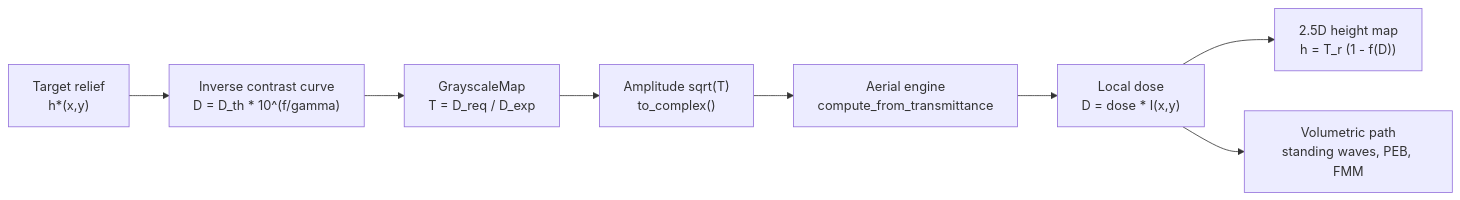
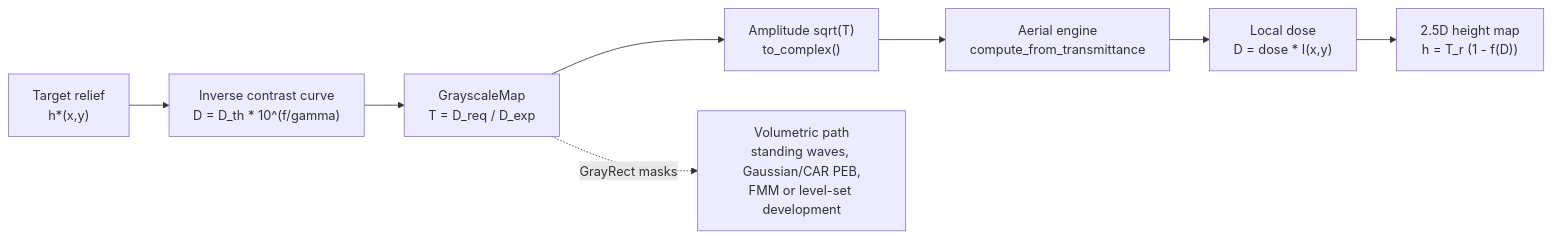
The diagram in docs/processes/grayscale.md (sonoransun/highuvlith), drawn with Mermaid before and after one commit. The commit also changed other lines of this file and 496 other files, not shown here.

````diff
--- a/docs/processes/grayscale.md
+++ b/docs/processes/grayscale.md
@@ -13,10 +13,10 @@
 ```mermaid
 flowchart LR
     A["Target relief<br/>h*(x,y)"] --> B["Inverse contrast curve<br/>D = D_th * 10^(f/gamma)"]
     B --> C["GrayscaleMap<br/>T = D_req / D_exp"]
     C --> D["Amplitude sqrt(T)<br/>to_complex()"]
     D --> E["Aerial engine<br/>compute_from_transmittance"]
     E --> F["Local dose<br/>D = dose * I(x,y)"]
     F --> G["2.5D height map<br/>h = T_r (1 - f(D))"]
-    F --> H["Volumetric path<br/>standing waves, PEB, FMM"]
+    C -.->|"GrayRect masks"| H["Volumetric path<br/>standing waves, Gaussian/CAR PEB,<br/>FMM or level-set development"]
 ```
````
